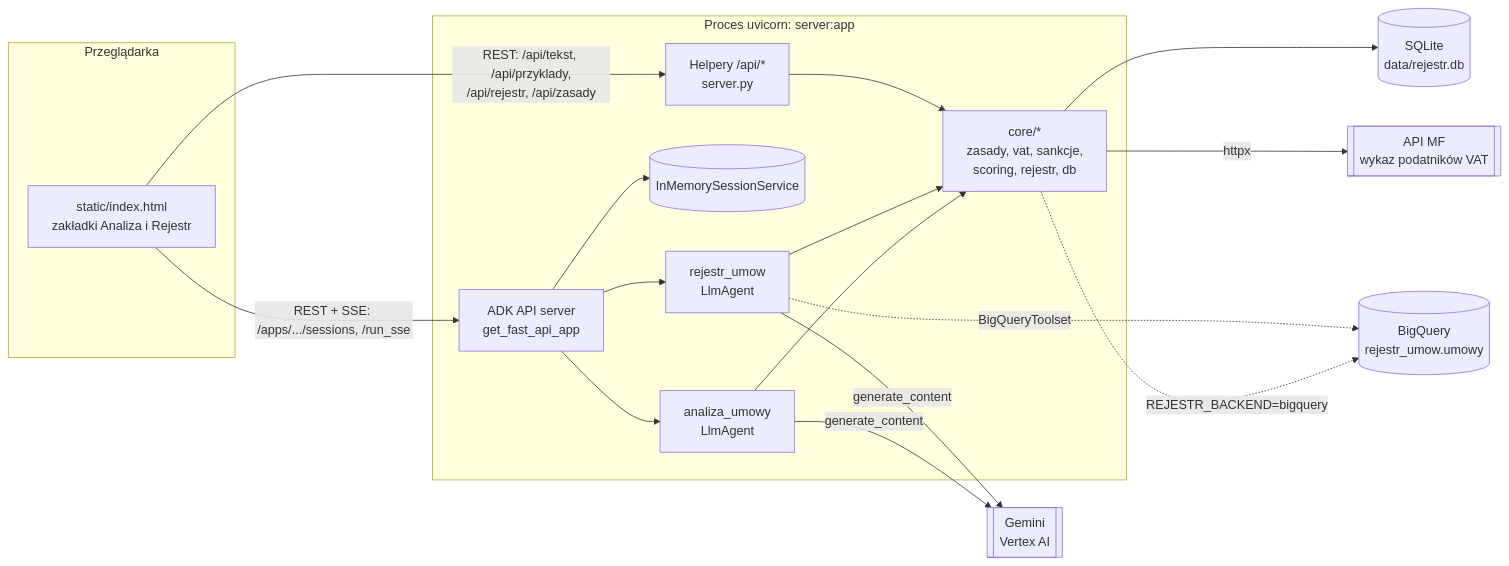
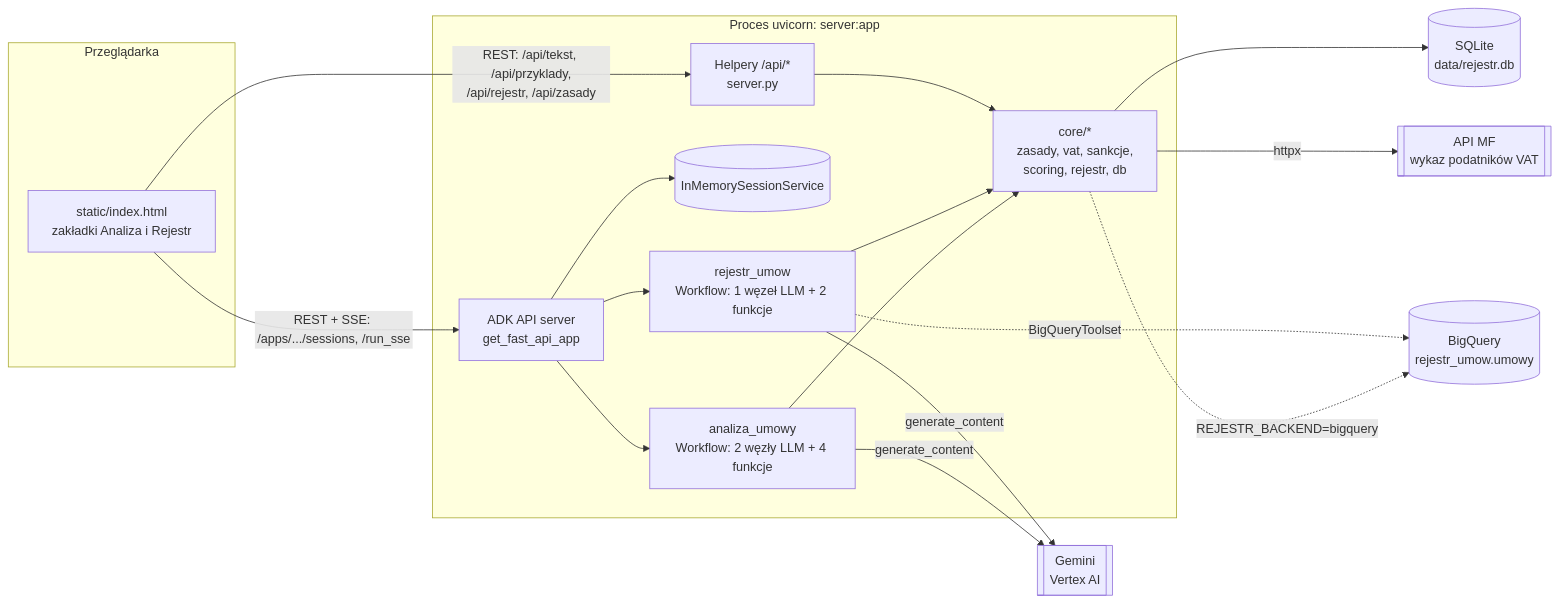
The third of 6 diagrams in docs/architektura-komunikacji.md (siwikm/google-hackathon-demo), drawn with Mermaid before and after one commit. The commit also changed other lines of this file and 45 other files, not shown here.

````diff
--- a/docs/architektura-komunikacji.md
+++ b/docs/architektura-komunikacji.md
@@ -22,33 +60,33 @@
 ```mermaid
 flowchart LR
     subgraph B["Przeglądarka"]
         FE["static/index.html<br/>zakładki Analiza i Rejestr"]
     end
     subgraph P["Proces uvicorn: server:app"]
         H["Helpery /api/*<br/>server.py"]
         ADK["ADK API server<br/>get_fast_api_app"]
         SS[("InMemorySessionService")]
-        A1["analiza_umowy<br/>LlmAgent"]
-        A2["rejestr_umow<br/>LlmAgent"]
+        A1["analiza_umowy<br/>Workflow: 2 węzły LLM + 4 funkcje"]
+        A2["rejestr_umow<br/>Workflow: 1 węzeł LLM + 2 funkcje"]
         CORE["core/*<br/>zasady, vat, sankcje,<br/>scoring, rejestr, db"]
     end
     G[["Gemini<br/>Vertex AI"]]
     MF[["API MF<br/>wykaz podatników VAT"]]
     DB[("SQLite<br/>data/rejestr.db")]
     BQ[("BigQuery<br/>rejestr_umow.umowy")]
 
     FE -- "REST: /api/tekst, /api/przyklady,<br/>/api/rejestr, /api/zasady" --> H
     FE -- "REST + SSE: /apps/.../sessions, /run_sse" --> ADK
     ADK --> SS
     ADK --> A1
     ADK --> A2
     A1 -- "generate_content" --> G
     A2 -- "generate_content" --> G
     A1 --> CORE
     A2 --> CORE
     H --> CORE
     CORE --> DB
     CORE -. "REJESTR_BACKEND=bigquery" .-> BQ
     A2 -. "BigQueryToolset" .-> BQ
     CORE -- "httpx" --> MF
 ```
````
